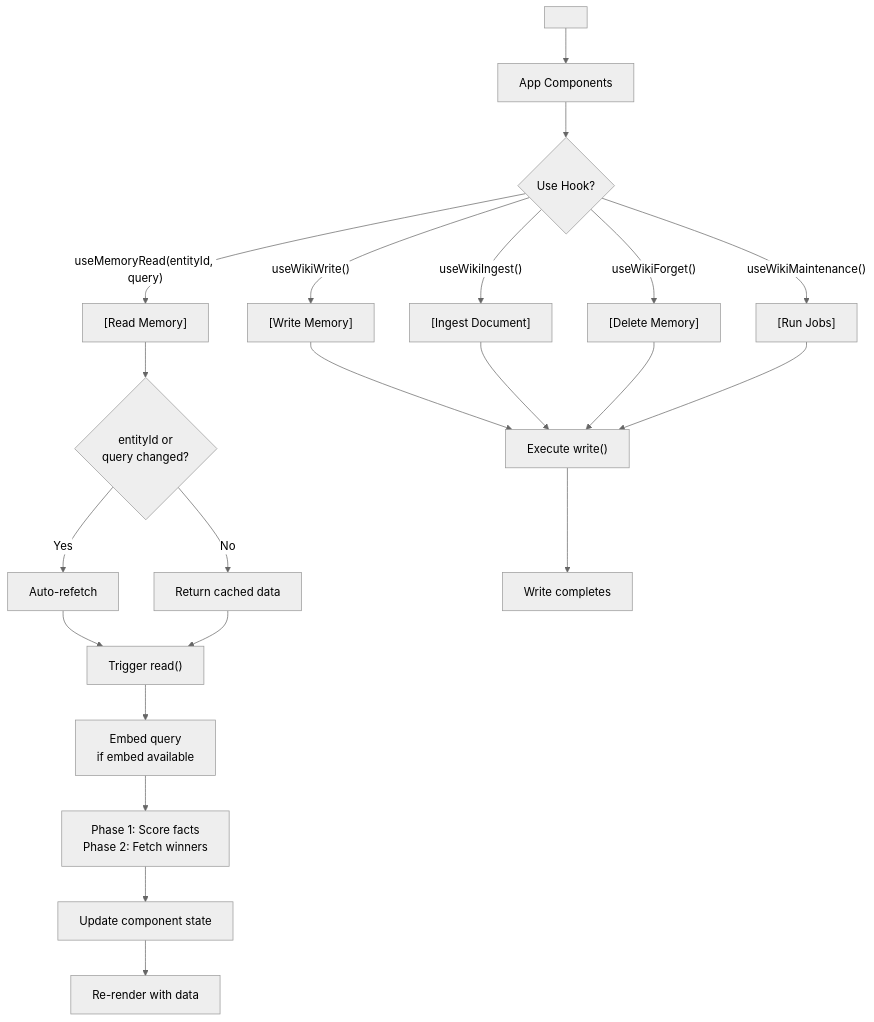
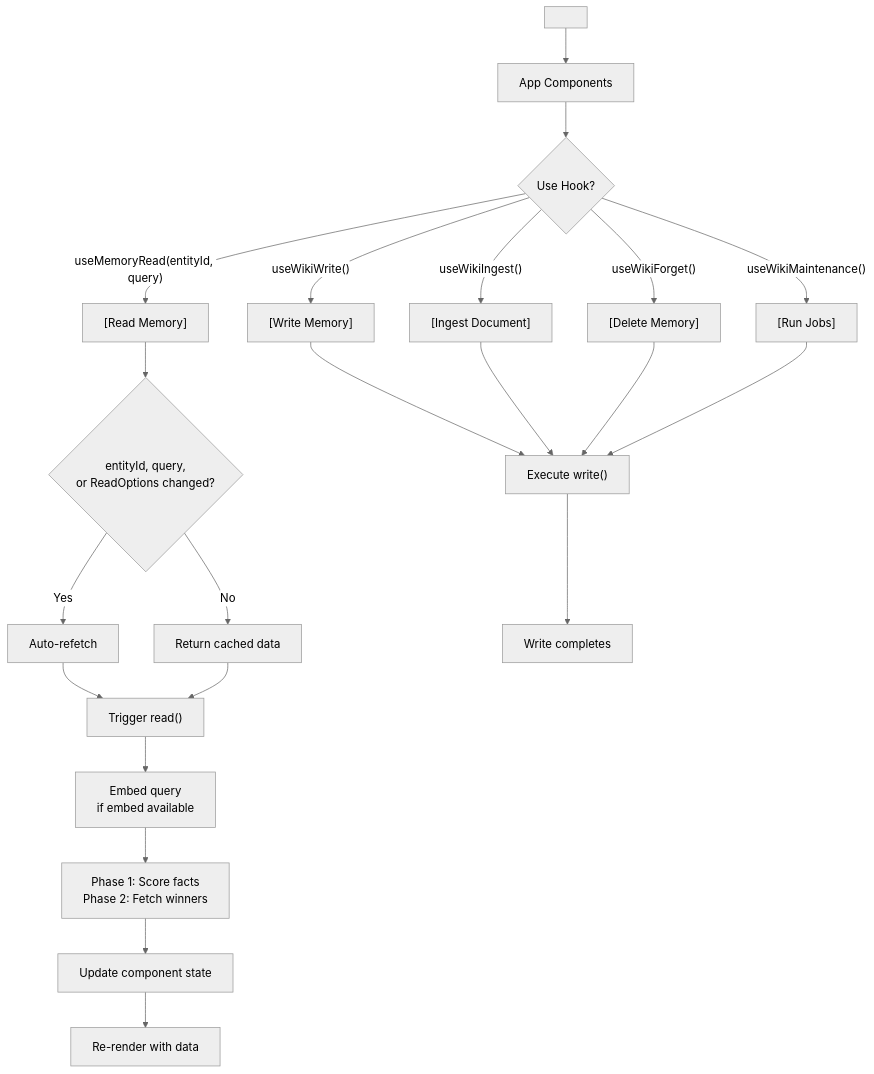
Before and after one commit to equationalapplications/expo-llm-wiki: the first of 2 diagrams in packages/react/README.md, drawn with Mermaid (neutral theme). The commit also changed 3 other files, not shown here.

First line of the commit message:
fix(tests): update vectorCache boundary tests to match actual caps, add BLOB adapter test, fix react README flowchart

````diff
--- a/packages/react/README.md
+++ b/packages/react/README.md
@@ -294,24 +294,24 @@
 ```mermaid
 flowchart TD
     A["<WikiProvider wiki={wiki}>"] --> B["App Components"]
     B --> C{"Use Hook?"}
     C -->|"useMemoryRead(entityId, query)"| D["[Read Memory]"]
     C -->|"useWikiWrite()"| E["[Write Memory]"]
     C -->|"useWikiIngest()"| F["[Ingest Document]"]
     C -->|"useWikiForget()"| G["[Delete Memory]"]
     C -->|"useWikiMaintenance()"| H["[Run Jobs]"]
-    D --> I{"entityId or<br/>query changed?"}
+    D --> I{"entityId, query,<br/>or ReadOptions changed?"}
     I -->|"Yes"| J["Auto-refetch"]
     I -->|"No"| K["Return cached data"]
     J --> L["Trigger read()"]
     K --> L
     L --> M["Embed query<br/>if embed available"]
     M --> N["Phase 1: Score facts<br/>Phase 2: Fetch winners"]
     N --> O["Update component state"]
     O --> P["Re-render with data"]
     E --> Q["Execute write()"]
     F --> Q
     G --> Q
     H --> Q
     Q --> R["Write completes"]
 ```
````
